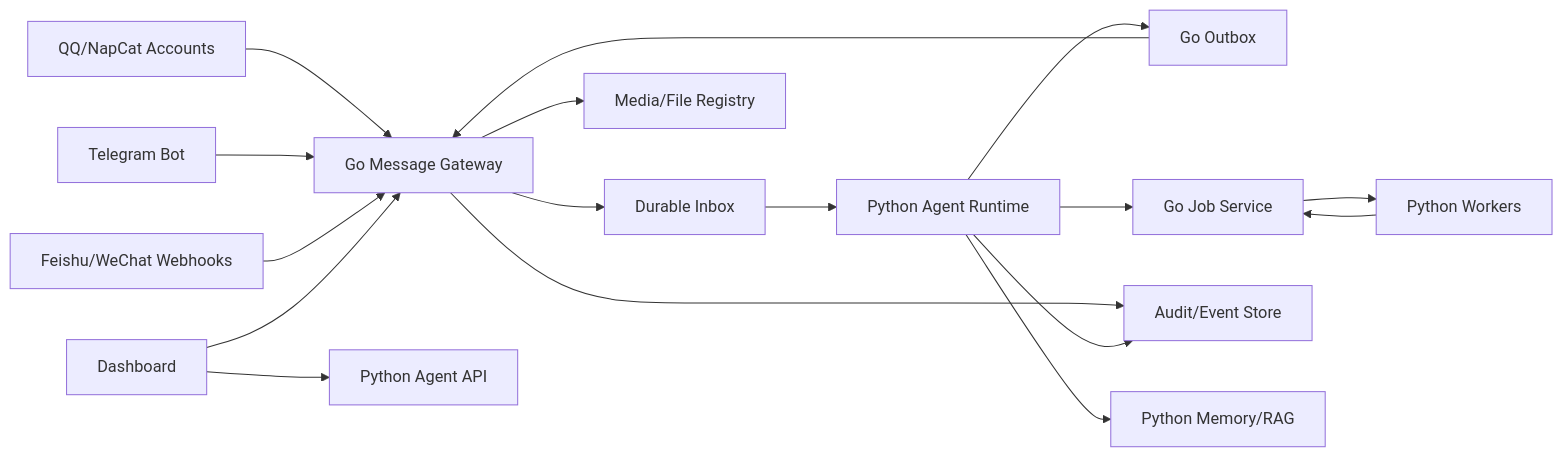
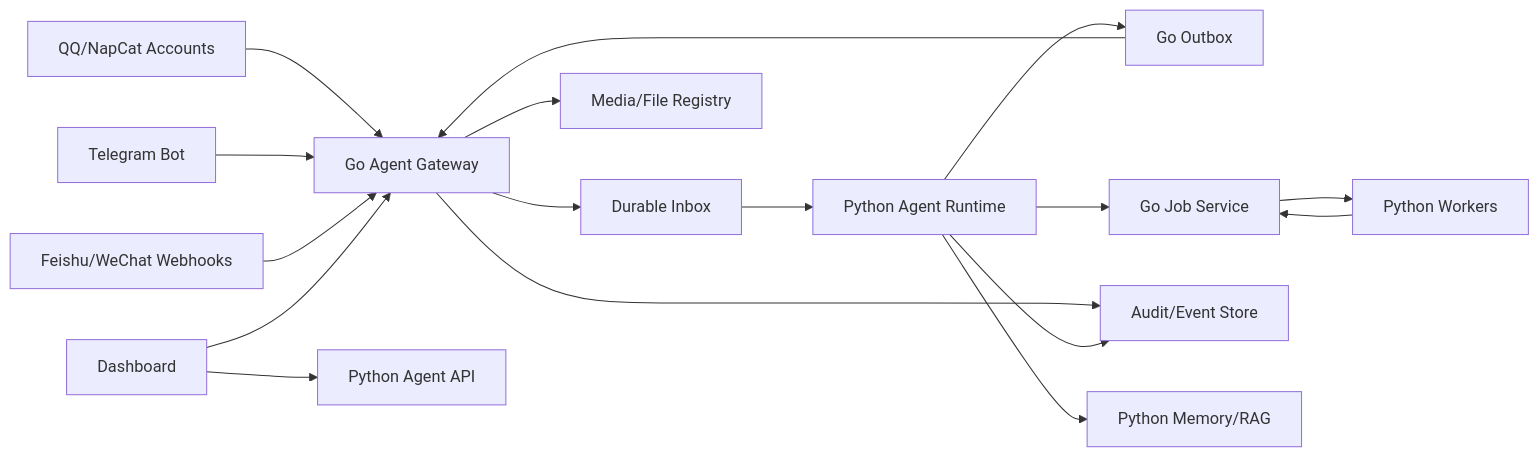
The first of 2 diagrams in docs/sdd/specs/agent-architecture/004-target-agent-architecture.md (qsyy0921/my_akashic_agent), drawn with Mermaid before and after one commit. The commit also changed other lines of this file and 174 other files, not shown here.

Commit message:
refactor: rename go agent gateway service

````diff
--- a/docs/sdd/specs/agent-architecture/004-target-agent-architecture.md
+++ b/docs/sdd/specs/agent-architecture/004-target-agent-architecture.md
@@ -15,21 +15,21 @@
 ```mermaid
 flowchart LR
-    QQ["QQ/NapCat Accounts"] --> GW["Go Message Gateway"]
+    QQ["QQ/NapCat Accounts"] --> GW["Go Agent Gateway"]
     TG["Telegram Bot"] --> GW
     FS["Feishu/WeChat Webhooks"] --> GW
     WEB["Dashboard"] --> GW
     WEB --> PYAPI["Python Agent API"]
 
     GW --> QIN["Durable Inbox"]
     QIN --> PY["Python Agent Runtime"]
     PY --> QOUT["Go Outbox"]
     PY --> JOBS["Go Job Service"]
     JOBS --> PYWORK["Python Workers"]
     PYWORK --> JOBS
     QOUT --> GW
 
     GW --> AUDIT["Audit/Event Store"]
     PY --> AUDIT
     GW --> ASSET["Media/File Registry"]
     PY --> MEM["Python Memory/RAG"]
 ```
````
